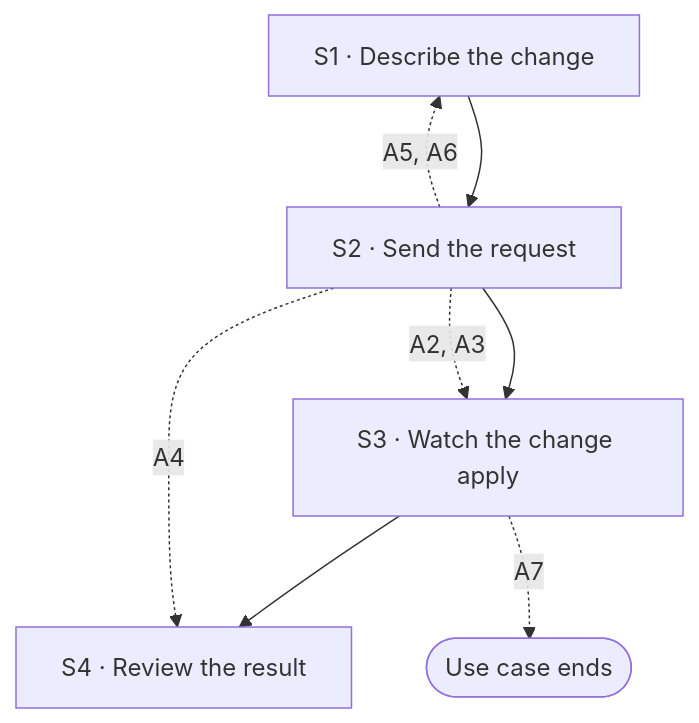
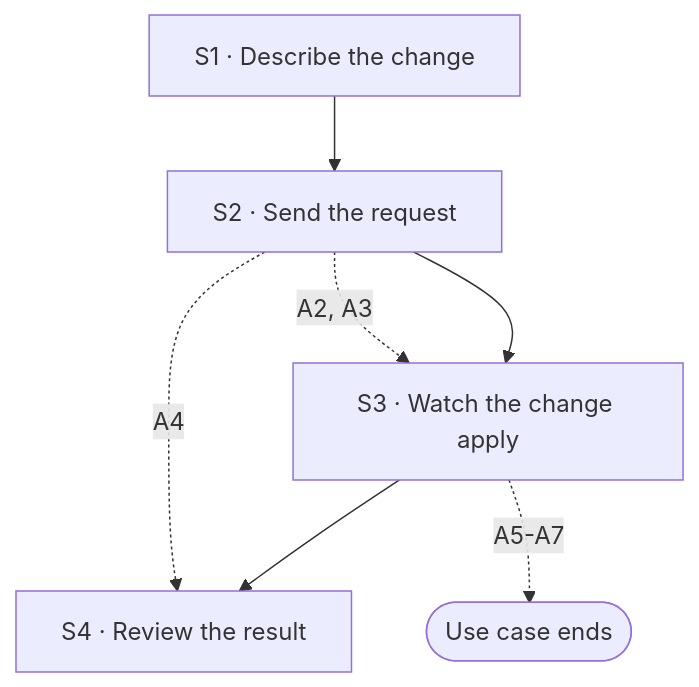
One commit to Luke23127006/DeckAgent changed the diagram in docs/spec/03-use-cases/UC-002.md. Above: the diagram before and after it, drawn with Mermaid. The commit also changed other lines of this file and 27 other files, not shown here.

````diff
--- a/docs/spec/03-use-cases/UC-002.md
+++ b/docs/spec/03-use-cases/UC-002.md
@@ -18,13 +15,12 @@
 ```mermaid
 flowchart TD
   S1["S1 · Describe the change"]
   S2["S2 · Send the request"]
   S3["S3 · Watch the change apply"]
   S4["S4 · Review the result"]
   DONE(["Use case ends"])
   S1 --> S2 --> S3 --> S4
   S2 -.->|"A2, A3"| S3
   S2 -.->|"A4"| S4
-  S2 -.->|"A5, A6"| S1
-  S3 -.->|"A7"| DONE
+  S3 -.->|"A5-A7"| DONE
 ```
````
